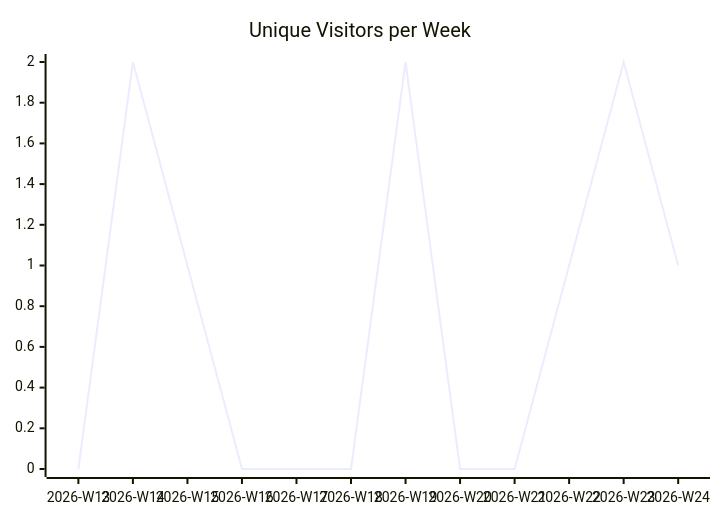
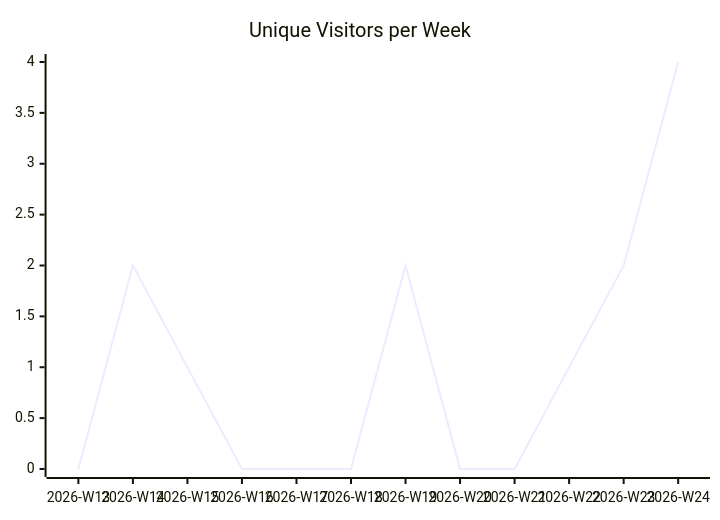
Before and after one commit to justdavis-family/github-analytics-data: the first of 3 diagrams in karlmdavis/justdavis-ansible/README.md, drawn with Mermaid. The commit also changed other lines of this file and 194 other files, not shown here.

````diff
--- a/karlmdavis/justdavis-ansible/README.md
+++ b/karlmdavis/justdavis-ansible/README.md
@@ -5,6 +5,6 @@
 ```mermaid
 xychart-beta
   title "Unique Visitors per Week"
   x-axis ["2026-W13", "2026-W14", "2026-W15", "2026-W16", "2026-W17", "2026-W18", "2026-W19", "2026-W20", "2026-W21", "2026-W22", "2026-W23", "2026-W24"]
-  line [0, 2, 1, 0, 0, 0, 2, 0, 0, 1, 2, 1]
+  line [0, 2, 1, 0, 0, 0, 2, 0, 0, 1, 2, 4]
 ```
````
